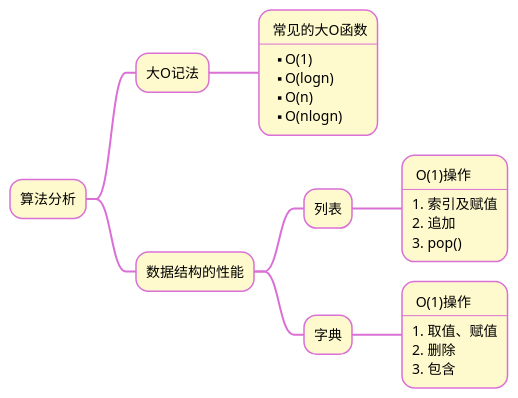
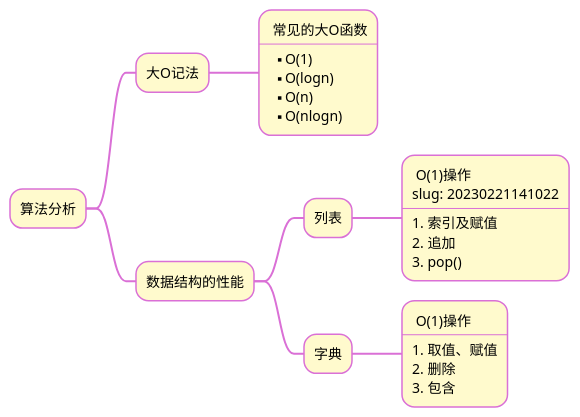
One commit to aqchenjun/hugo-docsy changed the diagram in content/cn/blog/第2章 算法分析.md. Above: the diagram before and after it, drawn with PlantUML. The commit also changed other lines of this file and 71 other files, not shown here.

````diff
--- a/content/cn/blog/第2章 算法分析.md
+++ b/content/cn/blog/第2章 算法分析.md
@@ -12,31 +13,32 @@
 ```plantuml
 @startmindmap
 skinparam ArrowColor orchid
 skinparam ArrowThickness 2
 skinparam NodeBackgroundColor lemonchiffon
 skinparam NodeBorderColor orchid
 skinparam NodeFontColor black
 * 算法分析
 ** 大O记法
 ***: 常见的大O函数
 ----
 ** O(1)
 ** O(logn)
 ** O(n)
 ** O(nlogn);
 ** 数据结构的性能
 *** 列表
 ****: O(1)操作
+slug: 20230221141022
 ----
 # 索引及赋值
 # 追加
 # pop();
 *** 字典
 ****: O(1)操作
 ----
 # 取值、赋值
 # 删除
 # 包含;
 
 @endmindmap
 ```
````
